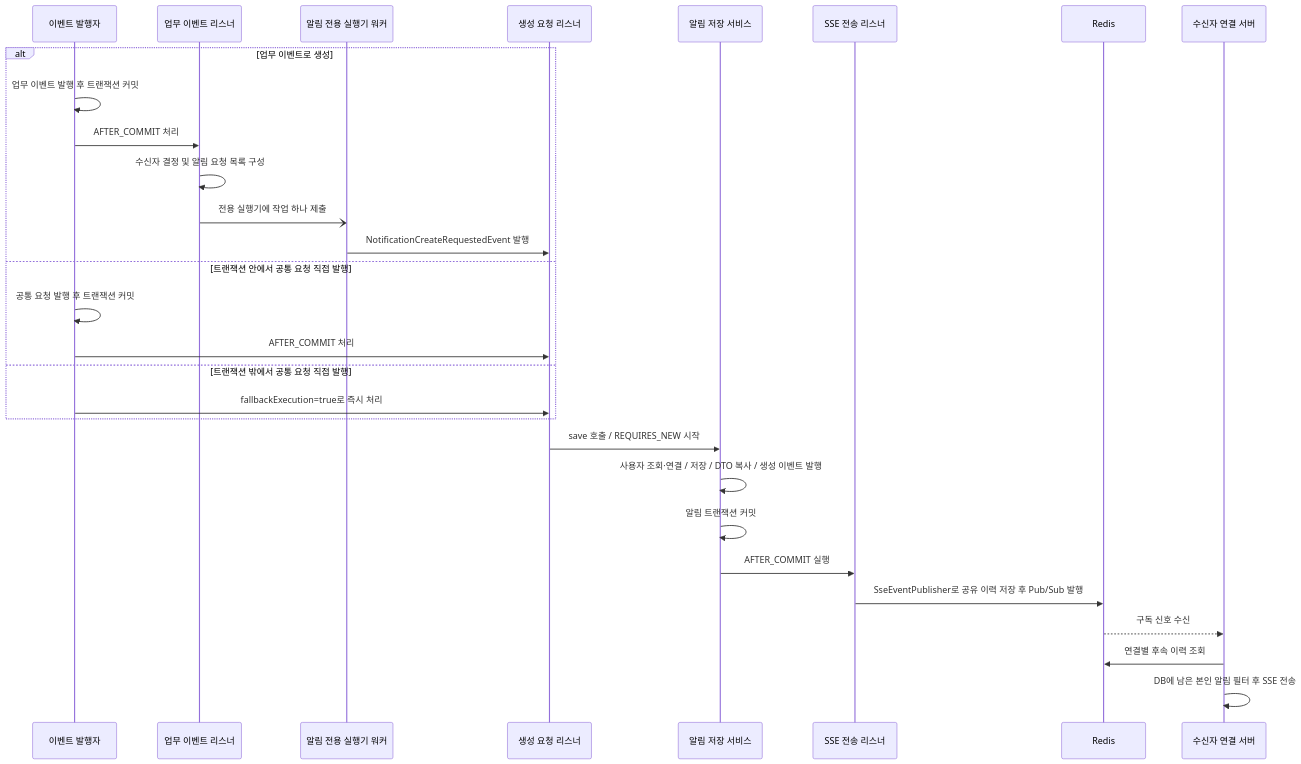
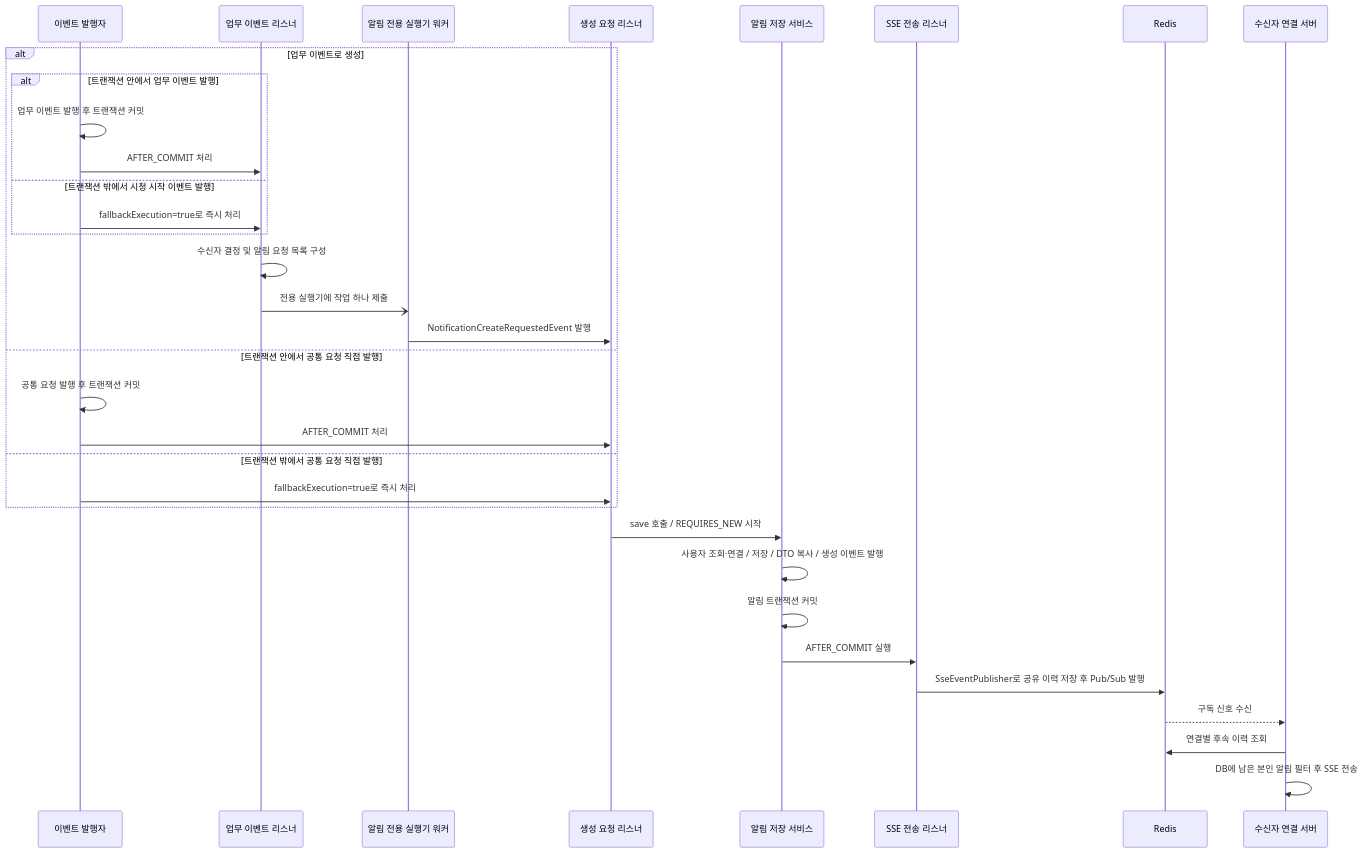
Before and after one commit to codeit-backend13-part4-team1/playlist_for_everyone: the diagram in docs/notification/01-creation-and-delivery.md, drawn with Mermaid. The commit also changed other lines of this file and 7 other files, not shown here.

````diff
--- a/docs/notification/01-creation-and-delivery.md
+++ b/docs/notification/01-creation-and-delivery.md
@@ -47,31 +47,35 @@
 ```mermaid
 sequenceDiagram
     participant B as 이벤트 발행자
     participant D as 업무 이벤트 리스너
     participant W as 알림 전용 실행기 워커
     participant R as 생성 요청 리스너
     participant N as 알림 저장 서비스
     participant S as SSE 전송 리스너
     participant Redis as Redis
     participant C as 수신자 연결 서버
     alt 업무 이벤트로 생성
-        B->>B: 업무 이벤트 발행 후 트랜잭션 커밋
-        B->>D: AFTER_COMMIT 처리
+        alt 트랜잭션 안에서 업무 이벤트 발행
+            B->>B: 업무 이벤트 발행 후 트랜잭션 커밋
+            B->>D: AFTER_COMMIT 처리
+        else 트랜잭션 밖에서 시청 시작 이벤트 발행
+            B->>D: fallbackExecution=true로 즉시 처리
+        end
         D->>D: 수신자 결정 및 알림 요청 목록 구성
         D-)W: 전용 실행기에 작업 하나 제출
         W->>R: NotificationCreateRequestedEvent 발행
     else 트랜잭션 안에서 공통 요청 직접 발행
         B->>B: 공통 요청 발행 후 트랜잭션 커밋
         B->>R: AFTER_COMMIT 처리
     else 트랜잭션 밖에서 공통 요청 직접 발행
         B->>R: fallbackExecution=true로 즉시 처리
     end
     R->>N: save 호출 / REQUIRES_NEW 시작
     N->>N: 사용자 조회·연결 / 저장 / DTO 복사 / 생성 이벤트 발행
     N->>N: 알림 트랜잭션 커밋
     N->>S: AFTER_COMMIT 실행
     S->>Redis: SseEventPublisher로 공유 이력 저장 후 Pub/Sub 발행
     Redis-->>C: 구독 신호 수신
     C->>Redis: 연결별 후속 이력 조회
     C->>C: DB에 남은 본인 알림 필터 후 SSE 전송
 ```
````
